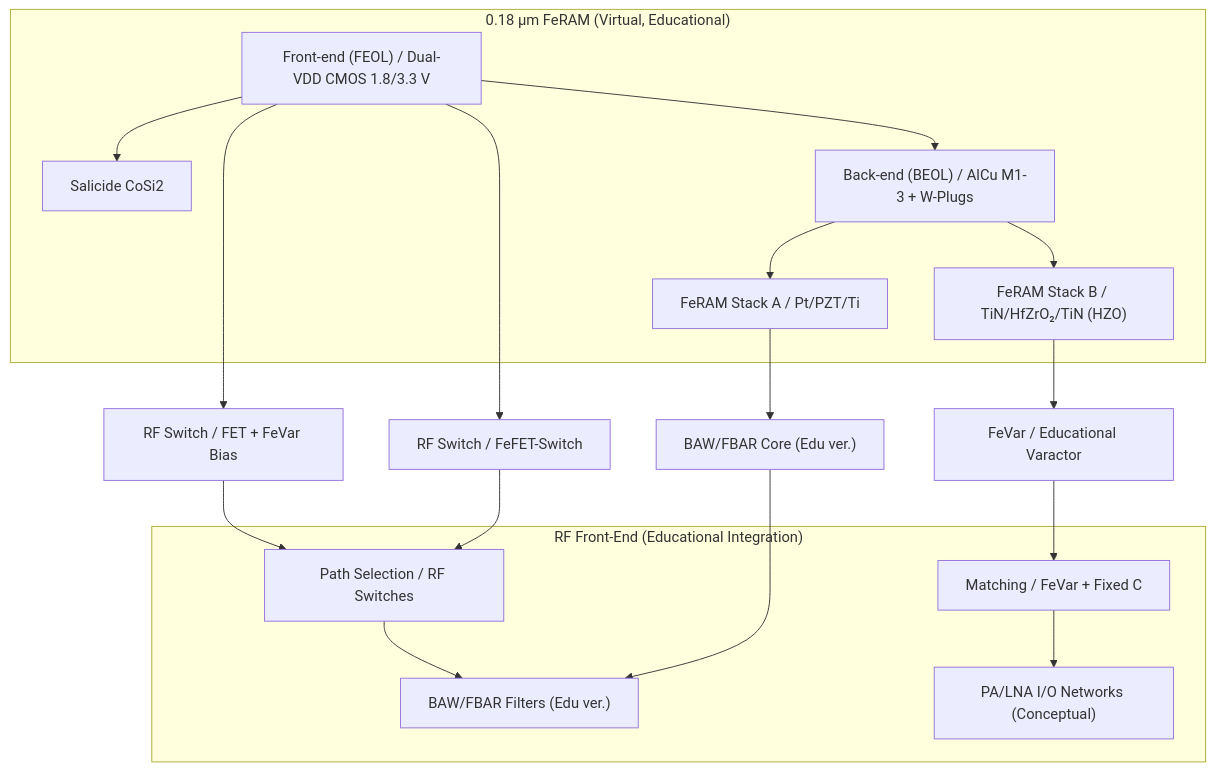
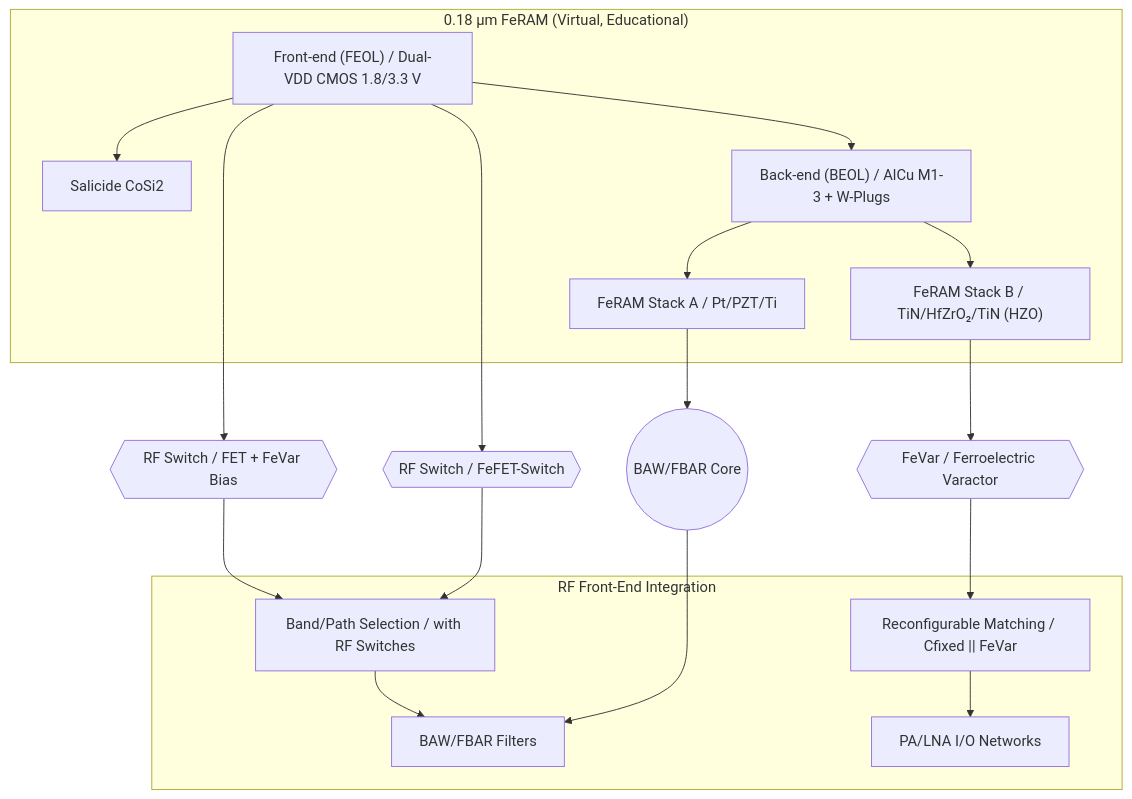
One commit to Samizo-AITL/Edusemi-Plus changed the first of 2 diagrams in applied-devices/rf-devices/proposal.md. Above: the diagram before and after it, drawn with Mermaid. The commit also changed other lines of this file, not shown here.

````diff
--- a/applied-devices/rf-devices/proposal.md
+++ b/applied-devices/rf-devices/proposal.md
@@ -48,28 +39,28 @@
 ```mermaid
 flowchart TB
   subgraph FE["0.18 µm FeRAM (Virtual, Educational)"]
     GATE["Front-end (FEOL) / Dual-VDD CMOS 1.8/3.3 V"] --> SALI["Salicide CoSi2"]
     BEOL["Back-end (BEOL) / AlCu M1-3 + W-Plugs"]
     CAP1["FeRAM Stack A / Pt/PZT/Ti"]
     CAP2["FeRAM Stack B / TiN/HfZrO₂/TiN (HZO)"]
     GATE --> BEOL --> CAP1
     BEOL --> CAP2
   end
 
-  CAP2 --> FeVar["FeVar / Educational Varactor"]
-  GATE --> RFSW1["RF Switch / FET + FeVar Bias"]
-  GATE --> RFSW2["RF Switch / FeFET-Switch"]
-  CAP1 --> BAW["BAW/FBAR Core (Edu ver.)"]
+  CAP2 --> FeVar{{"FeVar / Ferroelectric Varactor"}}
+  GATE --> RFSW1{{"RF Switch / FET + FeVar Bias"}}
+  GATE --> RFSW2{{"RF Switch / FeFET-Switch"}}
+  CAP1 --> BAW(("BAW/FBAR Core"))
 
-  subgraph RF["RF Front-End (Educational Integration)"]
-    MATCH["Matching / FeVar + Fixed C"]
-    PATHSEL["Path Selection / RF Switches"]
-    FILTER["BAW/FBAR Filters (Edu ver.)"]
-    LNA["PA/LNA I/O Networks (Conceptual)"]
+  subgraph RF["RF Front-End Integration"]
+    MATCH["Reconfigurable Matching / Cfixed || FeVar"]
+    PATHSEL["Band/Path Selection / with RF Switches"]
+    FILTER["BAW/FBAR Filters"]
+    LNA["PA/LNA I/O Networks"]
   end
 
   FeVar --> MATCH --> LNA
   RFSW1 --> PATHSEL --> FILTER
   RFSW2 --> PATHSEL
   BAW --> FILTER
 ```
````
